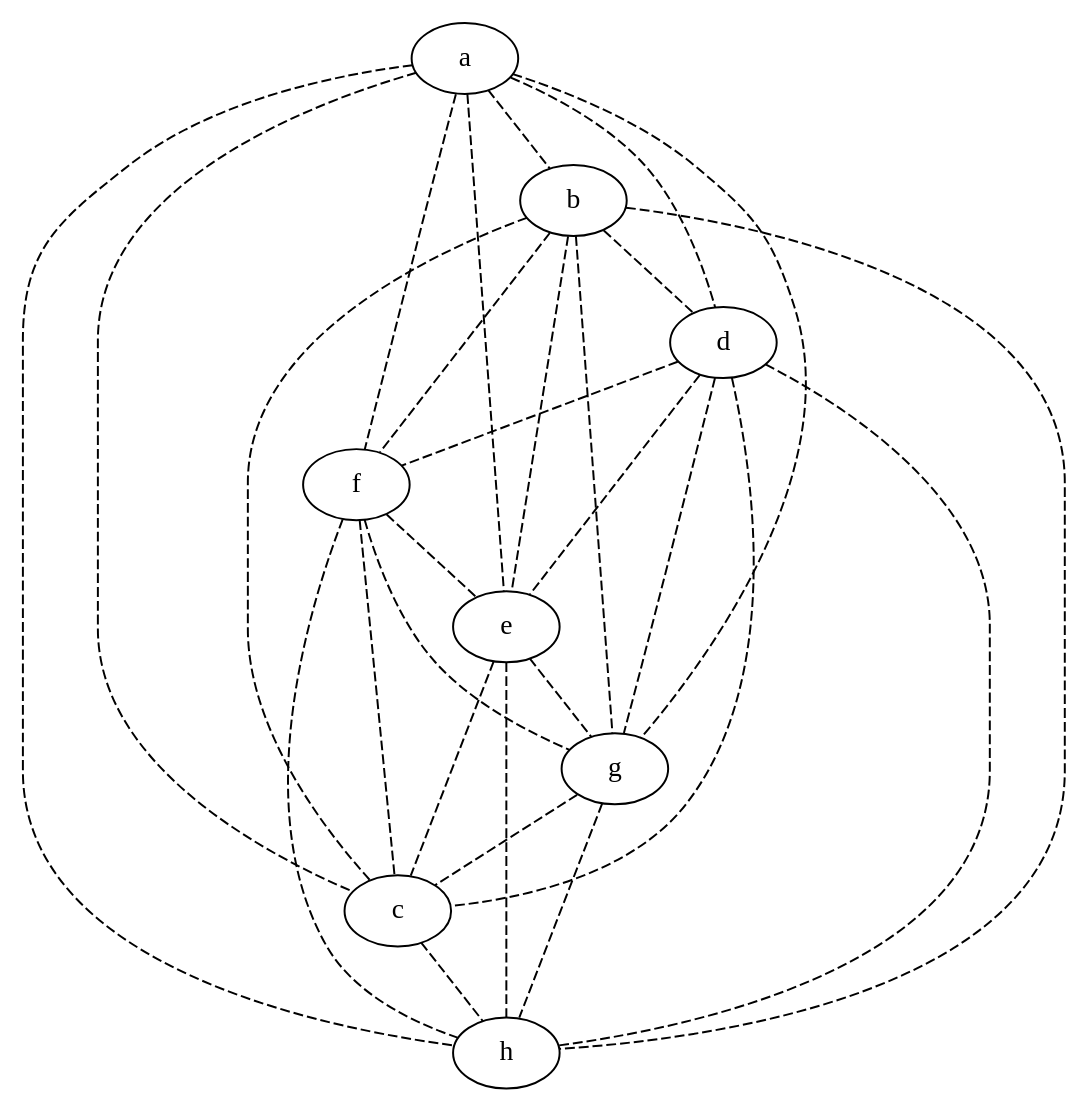
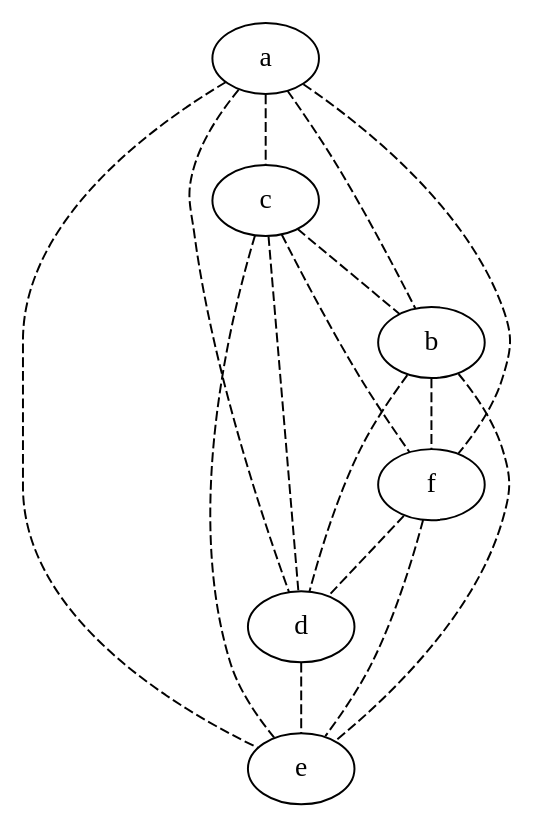
One commit to lrodrin/TFG changed the diagram in src/final/initGraph.dot. Above: the diagram before and after it, drawn with Graphviz. The commit also changed 9 other files, not shown here.

Commit message:
en la inicialització dels grafs s'ha colocat una condició per  acontrolar els nodes repetits, funció addNodes de Graph.py.

```diff
--- a/src/final/initGraph.dot
+++ b/src/final/initGraph.dot
@@ -1,38 +1,23 @@
 strict graph "" {
 a;
+c;
 b;
+f;
 d;
-f;
 e;
-g;
-c;
-h;
+a -- c  [color=black, style=dashed];
 a -- b  [color=black, style=dashed];
+a -- f  [color=black, style=dashed];
 a -- d  [color=black, style=dashed];
-a -- f  [color=black, style=dashed];
 a -- e  [color=black, style=dashed];
-a -- g  [color=black, style=dashed];
-a -- c  [color=black, style=dashed];
-a -- h  [color=black, style=dashed];
+c -- b  [color=black, style=dashed];
+c -- f  [color=black, style=dashed];
+c -- d  [color=black, style=dashed];
+c -- e  [color=black, style=dashed];
+b -- f  [color=black, style=dashed];
 b -- d  [color=black, style=dashed];
-b -- f  [color=black, style=dashed];
 b -- e  [color=black, style=dashed];
-b -- g  [color=black, style=dashed];
-b -- c  [color=black, style=dashed];
-b -- h  [color=black, style=dashed];
-d -- f  [color=black, style=dashed];
+f -- d  [color=black, style=dashed];
+f -- e  [color=black, style=dashed];
 d -- e  [color=black, style=dashed];
-d -- g  [color=black, style=dashed];
-d -- c  [color=black, style=dashed];
-d -- h  [color=black, style=dashed];
-f -- e  [color=black, style=dashed];
-f -- g  [color=black, style=dashed];
-f -- c  [color=black, style=dashed];
-f -- h  [color=black, style=dashed];
-e -- g  [color=black, style=dashed];
-e -- c  [color=black, style=dashed];
-e -- h  [color=black, style=dashed];
-g -- c  [color=black, style=dashed];
-g -- h  [color=black, style=dashed];
-c -- h  [color=black, style=dashed];
 }
```
